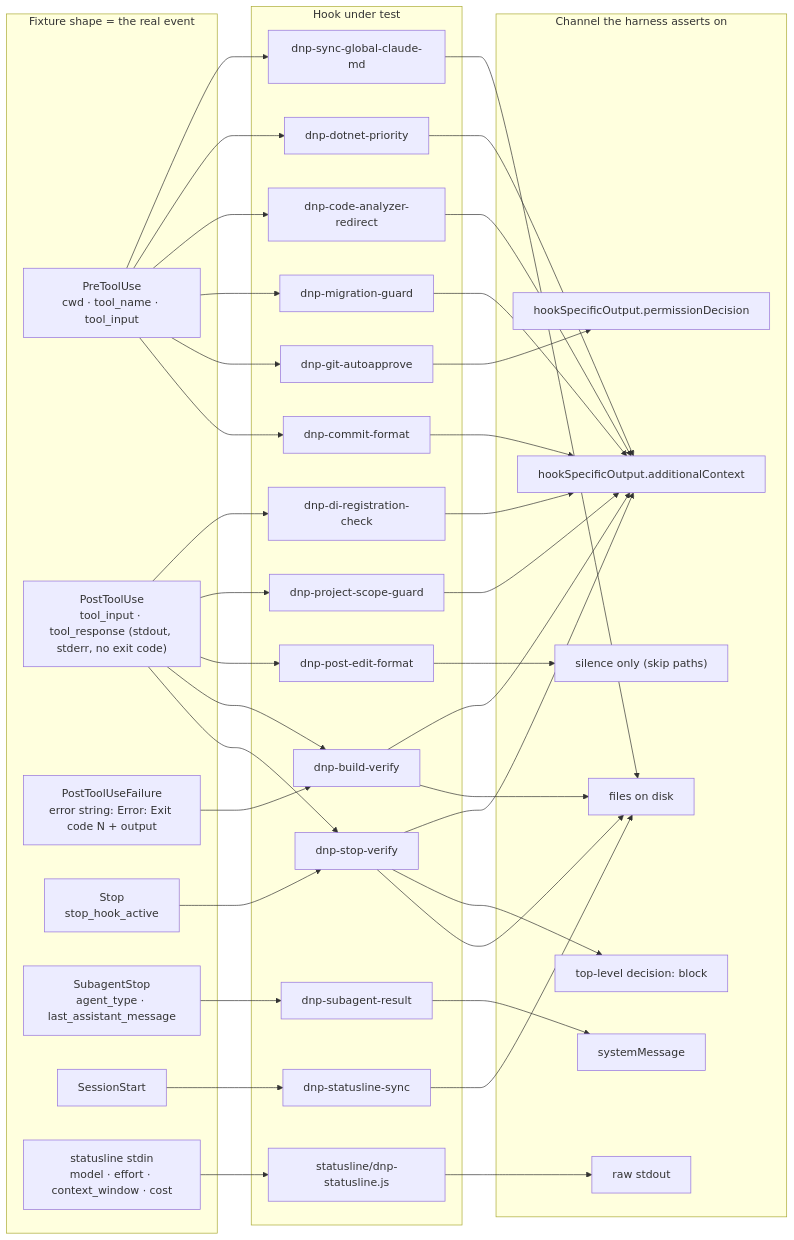
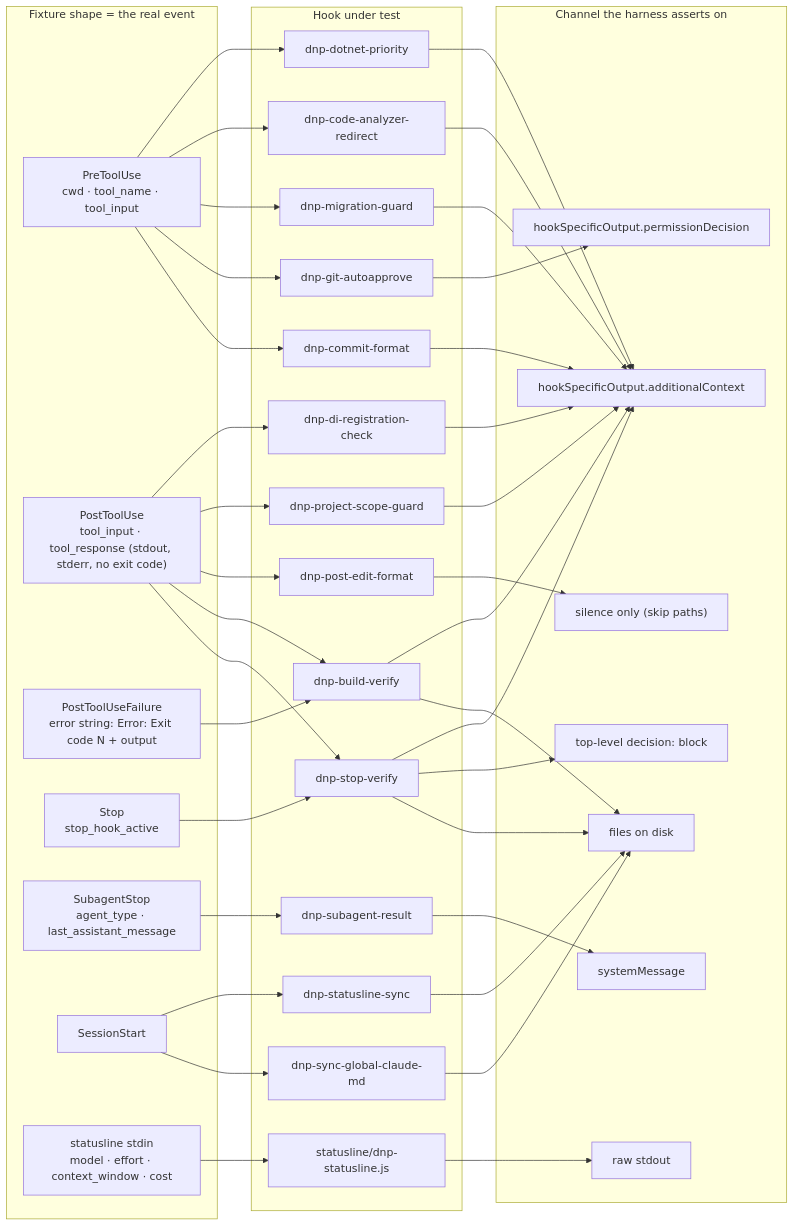
One commit to zdanovichnick/dotnet-pilot changed the second of 2 diagrams in hooks/__tests__/README.md. Above: the diagram before and after it, drawn with Mermaid. The commit also changed other lines of this file and 68 other files, not shown here.

````diff
--- a/hooks/__tests__/README.md
+++ b/hooks/__tests__/README.md
@@ -85,56 +85,56 @@
 ```mermaid
 flowchart LR
     subgraph events["Fixture shape = the real event"]
         pre["PreToolUse<br/>cwd · tool_name · tool_input"]
         post["PostToolUse<br/>tool_input · tool_response (stdout, stderr, no exit code)"]
         postf["PostToolUseFailure<br/>error string: Error: Exit code N + output"]
         stopE["Stop<br/>stop_hook_active"]
         sub["SubagentStop<br/>agent_type · last_assistant_message"]
         sess["SessionStart"]
         slin["statusline stdin<br/>model · effort · context_window · cost"]
     end
 
     subgraph hooks["Hook under test"]
         h_sync["dnp-sync-global-claude-md"]
         h_prio["dnp-dotnet-priority"]
         h_redir["dnp-code-analyzer-redirect"]
         h_mig["dnp-migration-guard"]
         h_git["dnp-git-autoapprove"]
         h_commit["dnp-commit-format"]
         h_di["dnp-di-registration-check"]
         h_scope["dnp-project-scope-guard"]
         h_fmt["dnp-post-edit-format"]
         h_build["dnp-build-verify"]
         h_stop["dnp-stop-verify"]
         h_sub["dnp-subagent-result"]
         h_slsync["dnp-statusline-sync"]
         h_sl["statusline/dnp-statusline.js"]
     end
 
     subgraph out["Channel the harness asserts on"]
         o_ctx["hookSpecificOutput.additionalContext"]
         o_perm["hookSpecificOutput.permissionDecision"]
         o_dec["top-level decision: block"]
         o_sys["systemMessage"]
         o_files["files on disk"]
         o_raw["raw stdout"]
         o_silent["silence only (skip paths)"]
     end
 
-    pre --> h_sync & h_prio & h_redir & h_mig & h_git & h_commit
+    pre --> h_prio & h_redir & h_mig & h_git & h_commit
     post --> h_di & h_scope & h_fmt & h_build & h_stop
     postf --> h_build
     stopE --> h_stop
     sub --> h_sub
-    sess --> h_slsync
+    sess --> h_slsync & h_sync
     slin --> h_sl
 
     h_prio & h_redir & h_mig & h_commit & h_di & h_scope --> o_ctx
     h_git --> o_perm
     h_build --> o_ctx & o_files
     h_stop --> o_ctx & o_dec & o_files
     h_sub --> o_sys
     h_sync & h_slsync --> o_files
     h_sl --> o_raw
     h_fmt --> o_silent
 ```
````
